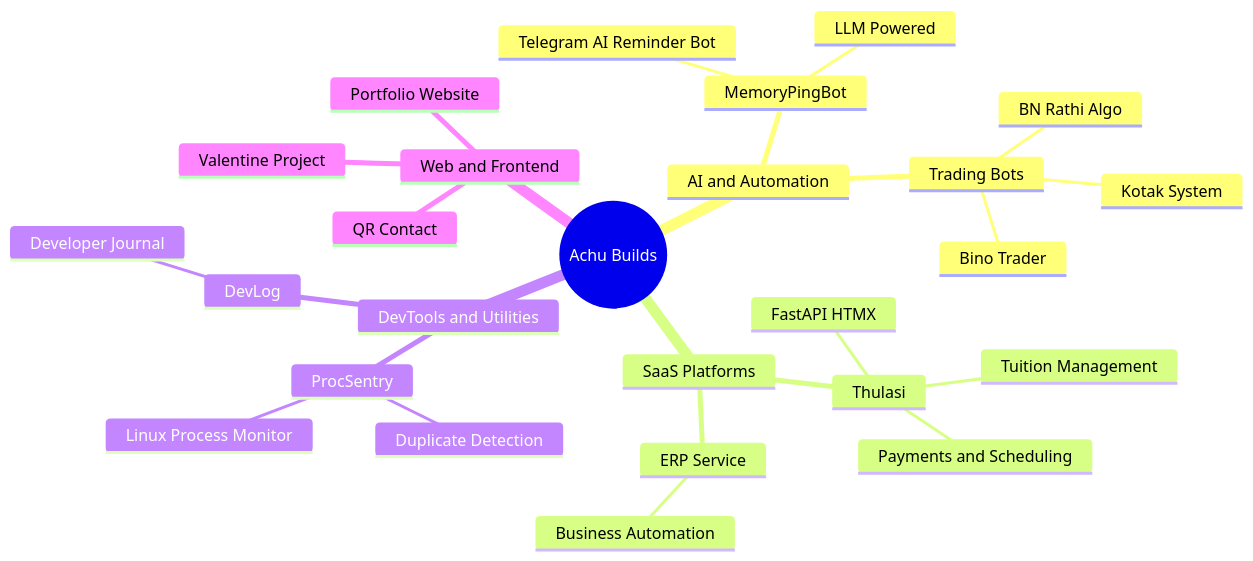
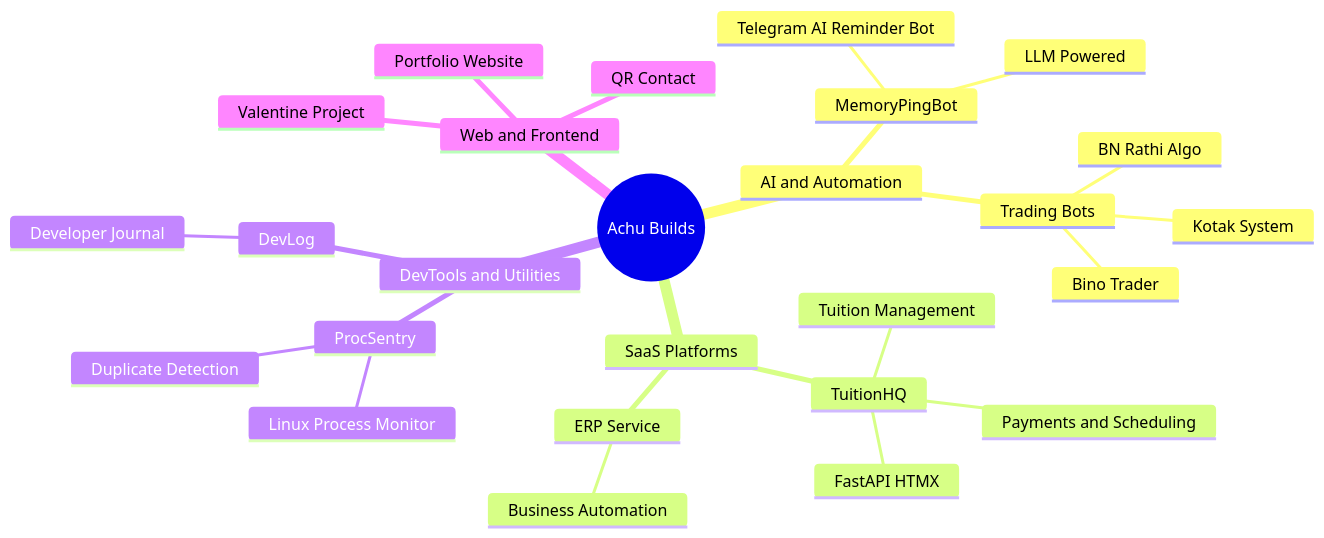
One commit to achuvijayakumar/achuvijayakumar changed the first of 2 diagrams in README.md. Above: the diagram before and after it, drawn with Mermaid. The commit also changed other lines of this file, not shown here.

Commit message:
Rename Thulasi to TuitionHQ in README

````diff
--- a/README.md
+++ b/README.md
@@ -78,29 +78,29 @@
 ```mermaid
 mindmap
   root((Achu Builds))
     AI and Automation
       MemoryPingBot
         Telegram AI Reminder Bot
         LLM Powered
       Trading Bots
         Kotak System
         Bino Trader
         BN Rathi Algo
     SaaS Platforms
-      Thulasi
+      TuitionHQ
         Tuition Management
         FastAPI HTMX
         Payments and Scheduling
       ERP Service
         Business Automation
     DevTools and Utilities
       ProcSentry
         Linux Process Monitor
         Duplicate Detection
       DevLog
         Developer Journal
     Web and Frontend
       Portfolio Website
       QR Contact
       Valentine Project
 ```
````
